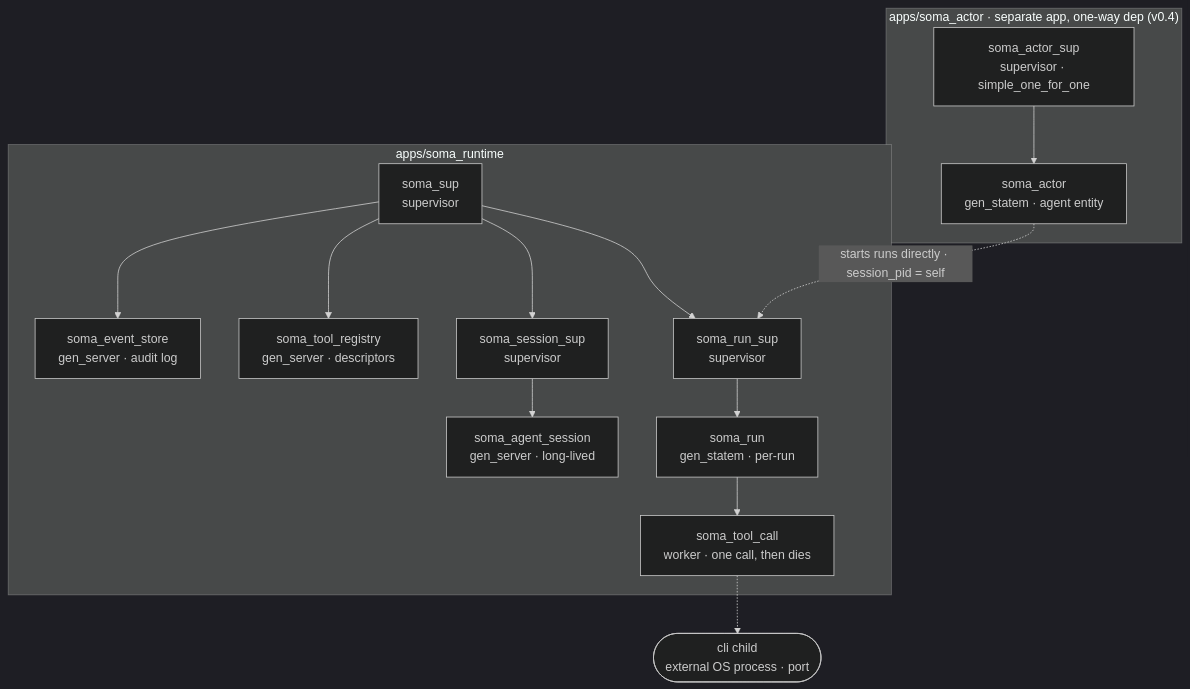
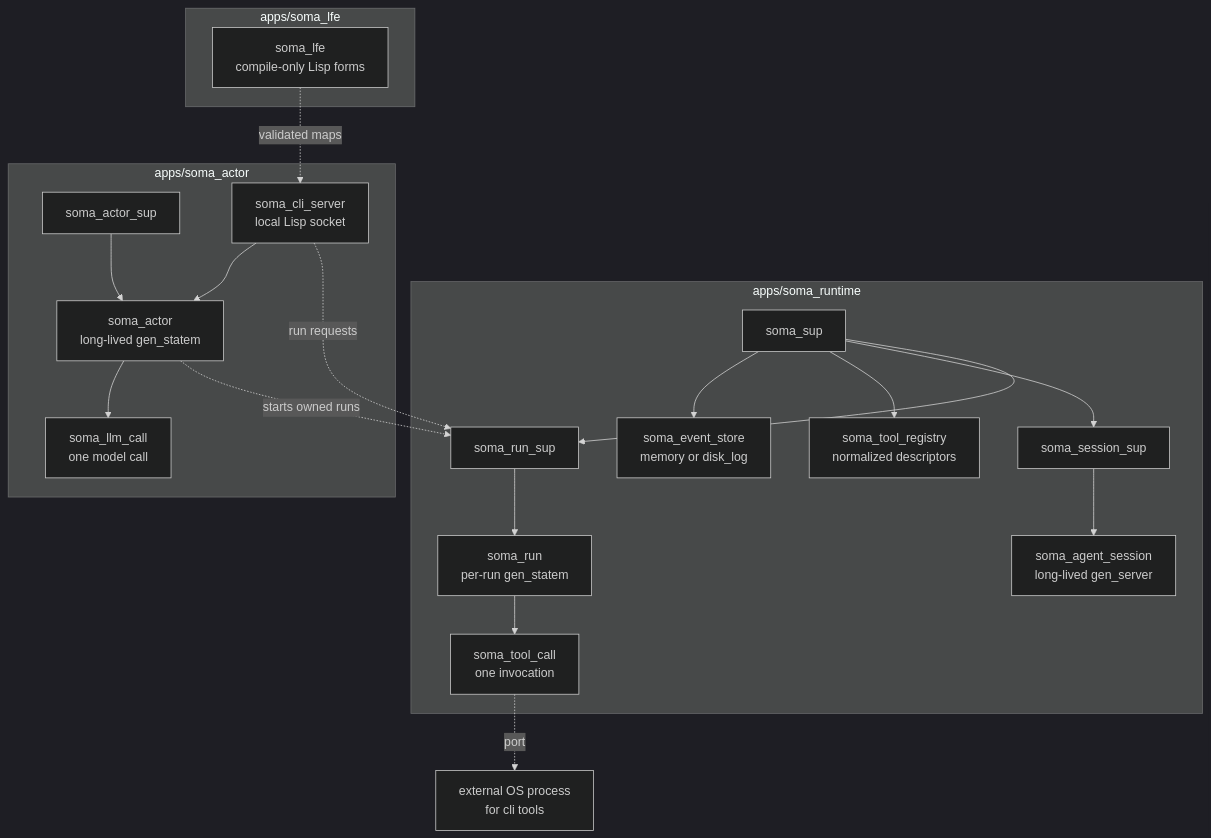
Before and after one commit to ZhenchongLi/soma: the first of 2 diagrams in docs/design.md, drawn with Mermaid (dark theme). The commit also changed other lines of this file and 10 other files, not shown here.

Commit message:
docs: refresh user manuals and roadmap status

````diff
--- a/docs/design.md
+++ b/docs/design.md
@@ -161,25 +40,38 @@
 ```mermaid
 flowchart TD
-    subgraph rt["apps/soma_runtime"]
-        sup["soma_sup<br/>supervisor"]
-        es["soma_event_store<br/>gen_server · audit log"]
-        tr["soma_tool_registry<br/>gen_server · descriptors"]
-        ssup["soma_session_sup<br/>supervisor"]
-        sess["soma_agent_session<br/>gen_server · long-lived"]
-        rsup["soma_run_sup<br/>supervisor"]
-        run["soma_run<br/>gen_statem · per-run"]
-        tc["soma_tool_call<br/>worker · one call, then dies"]
-        sup --> es
-        sup --> tr
-        sup --> ssup --> sess
-        sup --> rsup --> run --> tc
+    subgraph runtime["apps/soma_runtime"]
+        sup["soma_sup"]
+        store["soma_event_store<br/>memory or disk_log"]
+        registry["soma_tool_registry<br/>normalized descriptors"]
+        session_sup["soma_session_sup"]
+        session["soma_agent_session<br/>long-lived gen_server"]
+        run_sup["soma_run_sup"]
+        run["soma_run<br/>per-run gen_statem"]
+        tool_call["soma_tool_call<br/>one invocation"]
+        sup --> store
+        sup --> registry
+        sup --> session_sup --> session
+        sup --> run_sup --> run --> tool_call
     end
-    cli(["cli child<br/>external OS process · port"])
-    tc -.-> cli
-    subgraph ac["apps/soma_actor · separate app, one-way dep (v0.4)"]
-        asup["soma_actor_sup<br/>supervisor · simple_one_for_one"]
-        act["soma_actor<br/>gen_statem · agent entity"]
-        asup --> act
+
+    cli_child["external OS process<br/>for cli tools"]
+    tool_call -. port .-> cli_child
+
+    subgraph actor_app["apps/soma_actor"]
+        actor_sup["soma_actor_sup"]
+        actor["soma_actor<br/>long-lived gen_statem"]
+        llm_call["soma_llm_call<br/>one model call"]
+        cli_server["soma_cli_server<br/>local Lisp socket"]
+        actor_sup --> actor
+        actor --> llm_call
+        cli_server --> actor
     end
-    act -.->|"starts runs directly · session_pid = self"| rsup
+
+    actor -. starts owned runs .-> run_sup
+    cli_server -. run requests .-> run_sup
+
+    subgraph edge["apps/soma_lfe"]
+        lfe["soma_lfe<br/>compile-only Lisp forms"]
+    end
+    lfe -. validated maps .-> cli_server
 ```
````
